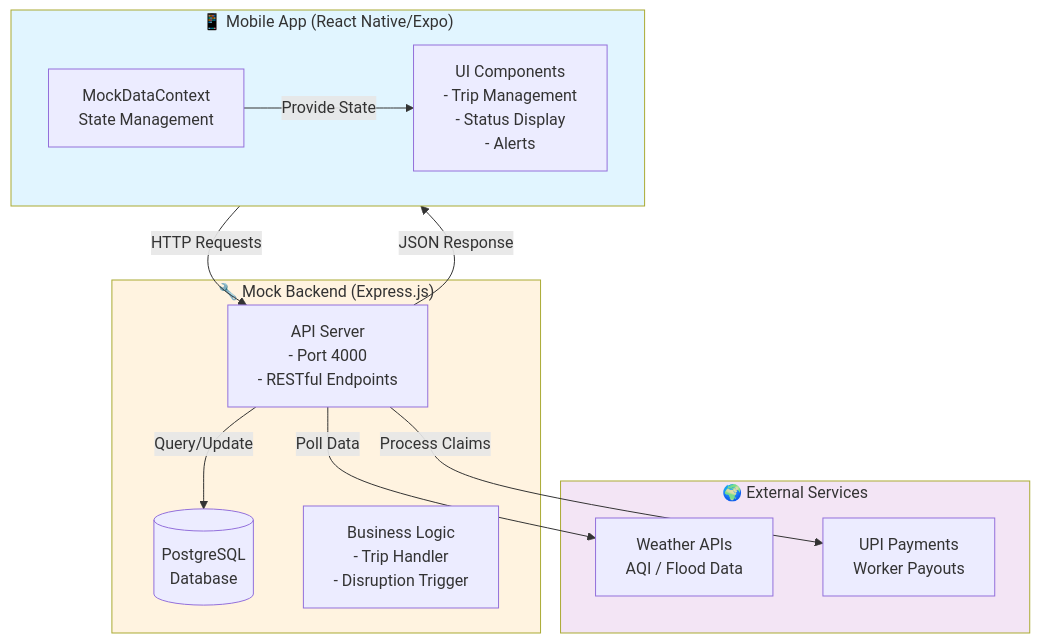
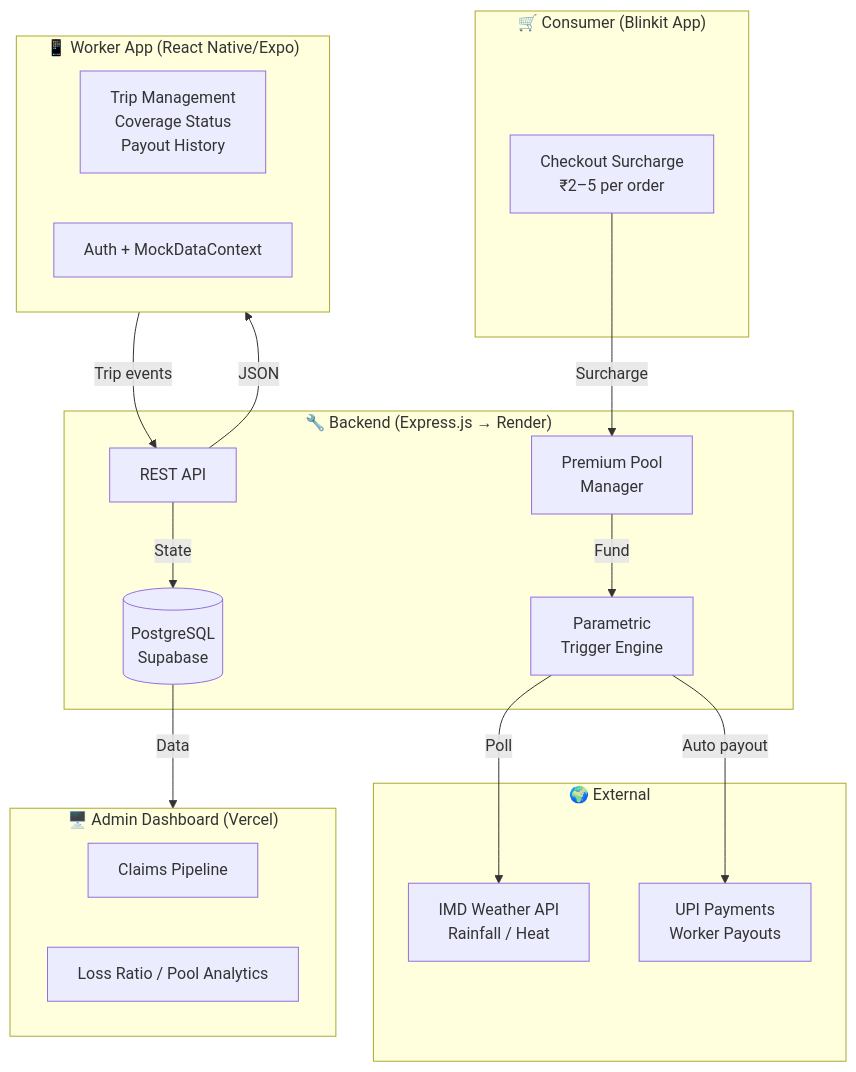
One commit to saumyadhote/QuickCover changed the diagram in README.md. Above: the diagram before and after it, drawn with Mermaid. The commit also changed other lines of this file and 1 other file, not shown here.

````diff
--- a/README.md
+++ b/README.md
@@ -103,29 +94,37 @@
 ```mermaid
 graph TB
-    subgraph Mobile["📱 Mobile App (React Native/Expo)"]
-        UI["UI Components<br/>- Trip Management<br/>- Status Display<br/>- Alerts"]
-        Context["MockDataContext<br/>State Management"]
+    subgraph Consumer["🛒 Consumer (Blinkit App)"]
+        Checkout["Checkout Surcharge<br/>₹2–5 per order"]
     end
 
-    subgraph Backend["🔧 Mock Backend (Express.js)"]
-        API["API Server<br/>- Port 4000<br/>- RESTful Endpoints"]
-        DB[(PostgreSQL<br/>Database)]
-        Logic["Business Logic<br/>- Trip Handler<br/>- Disruption Trigger"]
+    subgraph Mobile["📱 Worker App (React Native/Expo)"]
+        UI["Trip Management<br/>Coverage Status<br/>Payout History"]
+        Context["Auth + MockDataContext"]
     end
 
-    subgraph External["🌍 External Services"]
-        Weather["Weather APIs<br/>AQI / Flood Data"]
+    subgraph Backend["🔧 Backend (Express.js → Render)"]
+        API["REST API"]
+        DB[(PostgreSQL<br/>Supabase)]
+        Pool["Premium Pool<br/>Manager"]
+        Trigger["Parametric<br/>Trigger Engine"]
+    end
+
+    subgraph External["🌍 External"]
+        IMD["IMD Weather API<br/>Rainfall / Heat"]
         UPI["UPI Payments<br/>Worker Payouts"]
     end
 
-    Mobile -->|HTTP Requests| API
-    API -->|Query/Update| DB
-    API -->|Poll Data| Weather
-    API -->|Process Claims| UPI
-    API -->|JSON Response| Mobile
-    Context -->|Provide State| UI
-    
-    style Mobile fill:#e1f5ff
-    style Backend fill:#fff3e0
-    style External fill:#f3e5f5
+    subgraph Admin["🖥️ Admin Dashboard (Vercel)"]
+        Claims["Claims Pipeline"]
+        Analytics["Loss Ratio / Pool Analytics"]
+    end
+
+    Checkout -->|Surcharge| Pool
+    Mobile -->|Trip events| API
+    API -->|State| DB
+    Pool -->|Fund| Trigger
+    Trigger -->|Poll| IMD
+    Trigger -->|Auto payout| UPI
+    API -->|JSON| Mobile
+    DB -->|Data| Admin
 ```
````
